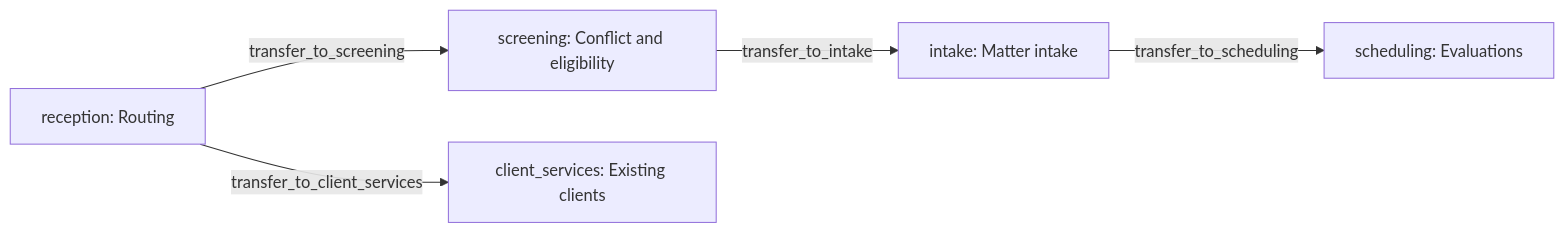
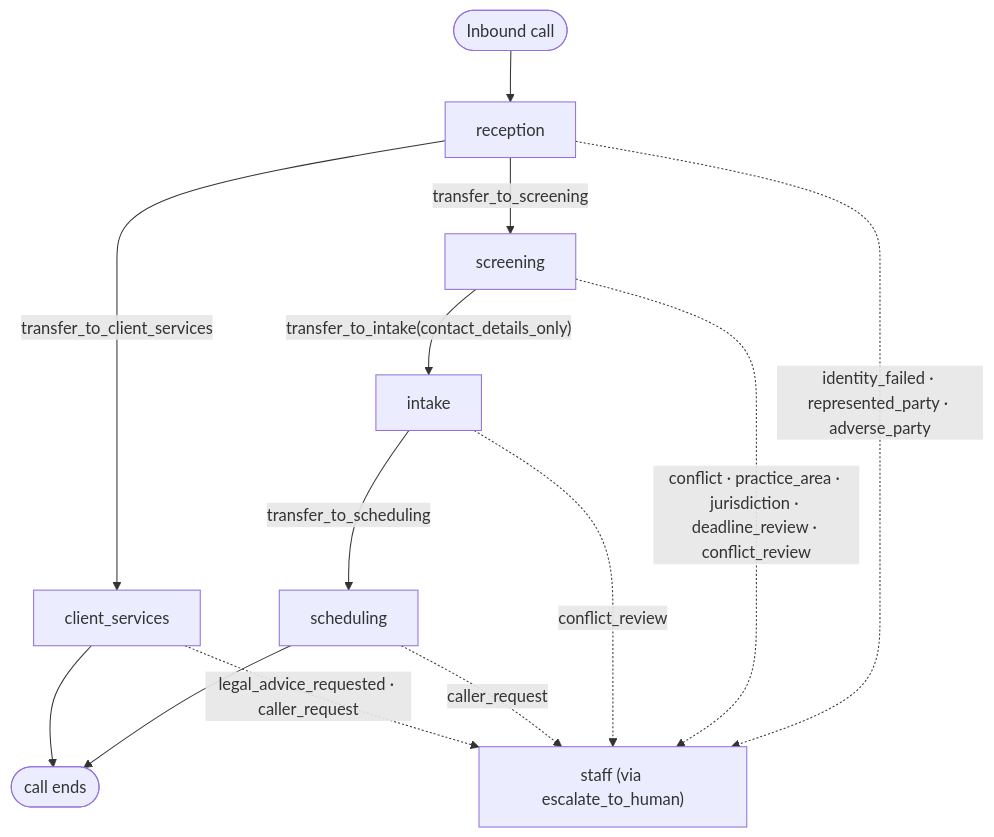
The second of 3 diagrams in README.md (bluejay-ai-dev/mivas-bench), drawn with Mermaid before and after one commit. The commit also changed other lines of this file, not shown here.

Commit message:
Sync industry diagrams with canonical blueprints

````diff
--- a/README.md
+++ b/README.md
@@ -146,12 +154,20 @@
 ```mermaid
-flowchart LR
-  R["reception: Routing"]
-  SC["screening: Conflict and eligibility"]
-  I["intake: Matter intake"]
-  S["scheduling: Evaluations"]
-  CS["client_services: Existing clients"]
-  R -->|transfer_to_screening| SC
-  R -->|transfer_to_client_services| CS
-  SC -->|transfer_to_intake| I
-  I -->|transfer_to_scheduling| S
+flowchart TD
+    START(["Inbound call"]) --> reception["reception"]
+
+    reception -->|transfer_to_screening| screening["screening"]
+    reception -->|transfer_to_client_services| client_services["client_services"]
+    screening -->|"transfer_to_intake(contact_details_only)"| intake["intake"]
+    intake -->|transfer_to_scheduling| scheduling["scheduling"]
+
+    scheduling --> DONE(["call ends"])
+    client_services --> DONE
+
+    reception -.->|"identity_failed · represented_party · adverse_party"| staff
+    screening -.->|"conflict · practice_area · jurisdiction · deadline_review · conflict_review"| staff
+    intake -.->|conflict_review| staff
+    scheduling -.->|caller_request| staff
+    client_services -.->|"legal_advice_requested · caller_request"| staff
+
+    staff["staff (via escalate_to_human)"]
 ```
````
